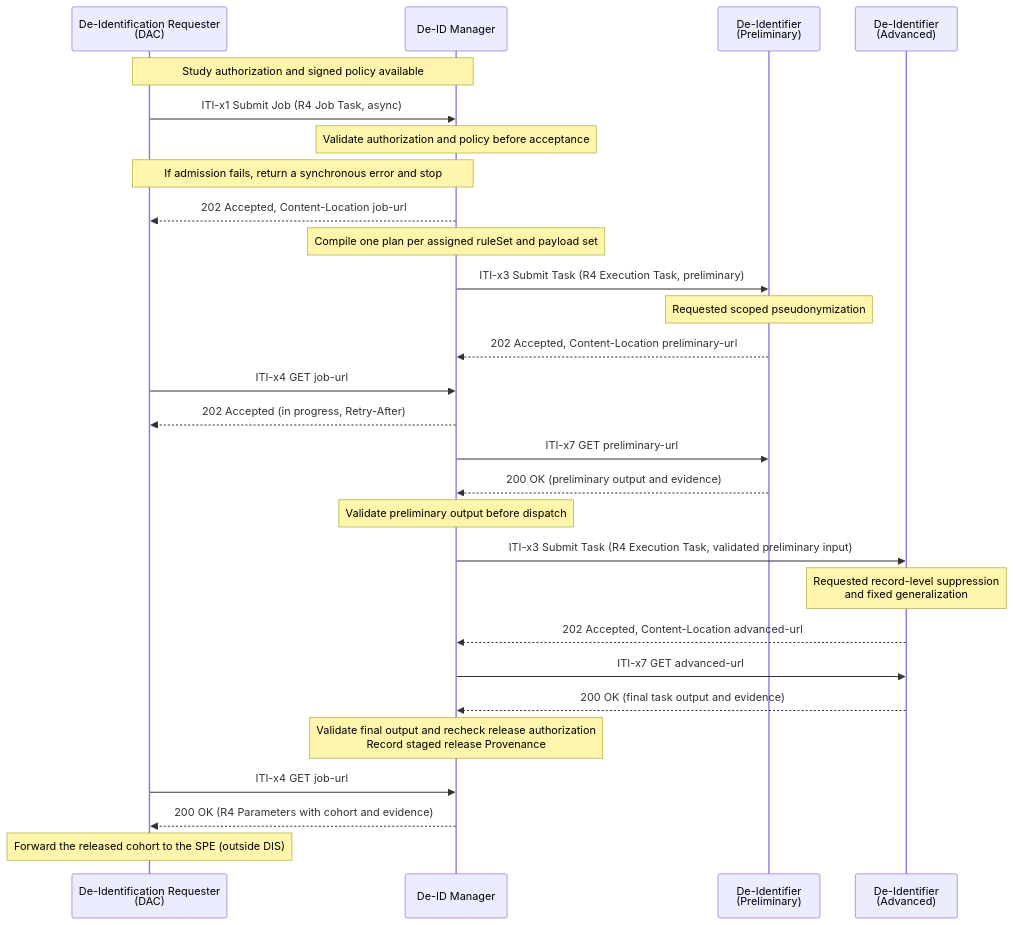
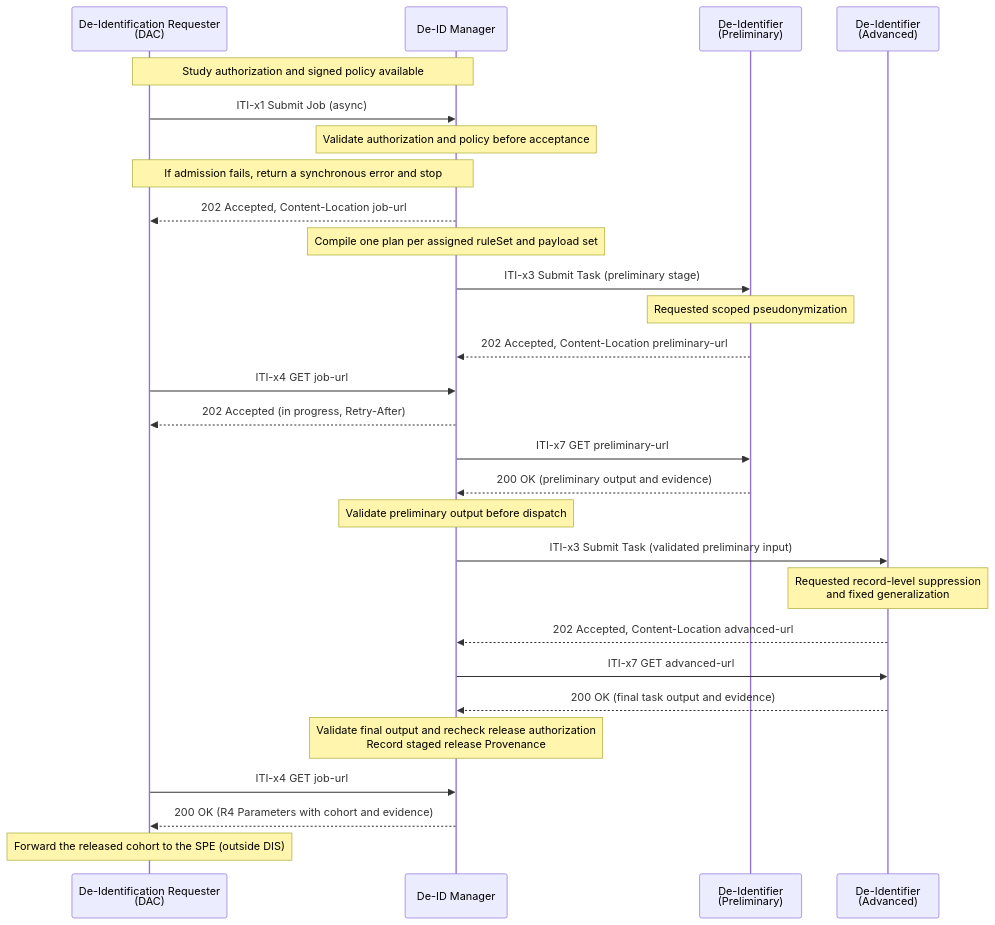
The diagram in input/images-source/dis-uc1-cross-border-study.mmd (IHE/ITI.DIS), drawn with Mermaid before and after one commit. The commit also changed 13 other files, not shown here.

Commit message:
Use de-identification job and task in workflow prose

```diff
--- a/input/images-source/dis-uc1-cross-border-study.mmd
+++ b/input/images-source/dis-uc1-cross-border-study.mmd
@@ -1,33 +1,33 @@
 sequenceDiagram
     participant DAC as De-Identification Requester<br/>(DAC)
     participant MGR as De-ID Manager
     participant DI_P as De-Identifier<br/>(Preliminary)
     participant DI_A as De-Identifier<br/>(Advanced)
 
     Note over DAC,MGR: Study authorization and signed policy available
-    DAC->>MGR: ITI-x1 Submit Job (R4 Job Task, async)
+    DAC->>MGR: ITI-x1 Submit Job (async)
     Note over MGR: Validate authorization and policy before acceptance
     Note over DAC,MGR: If admission fails, return a synchronous error and stop
     MGR-->>DAC: 202 Accepted, Content-Location job-url
 
     Note over MGR: Compile one plan per assigned ruleSet and payload set
-    MGR->>DI_P: ITI-x3 Submit Task (R4 Execution Task, preliminary)
+    MGR->>DI_P: ITI-x3 Submit Task (preliminary stage)
     Note over DI_P: Requested scoped pseudonymization
     DI_P-->>MGR: 202 Accepted, Content-Location preliminary-url
 
     DAC->>MGR: ITI-x4 GET job-url
     MGR-->>DAC: 202 Accepted (in progress, Retry-After)
 
     MGR->>DI_P: ITI-x7 GET preliminary-url
     DI_P-->>MGR: 200 OK (preliminary output and evidence)
     Note over MGR: Validate preliminary output before dispatch
-    MGR->>DI_A: ITI-x3 Submit Task (R4 Execution Task, validated preliminary input)
+    MGR->>DI_A: ITI-x3 Submit Task (validated preliminary input)
     Note over DI_A: Requested record-level suppression<br/>and fixed generalization
     DI_A-->>MGR: 202 Accepted, Content-Location advanced-url
 
     MGR->>DI_A: ITI-x7 GET advanced-url
     DI_A-->>MGR: 200 OK (final task output and evidence)
     Note over MGR: Validate final output and recheck release authorization<br/>Record staged release Provenance
     DAC->>MGR: ITI-x4 GET job-url
     MGR-->>DAC: 200 OK (R4 Parameters with cohort and evidence)
     Note over DAC: Forward the released cohort to the SPE (outside DIS)
```
